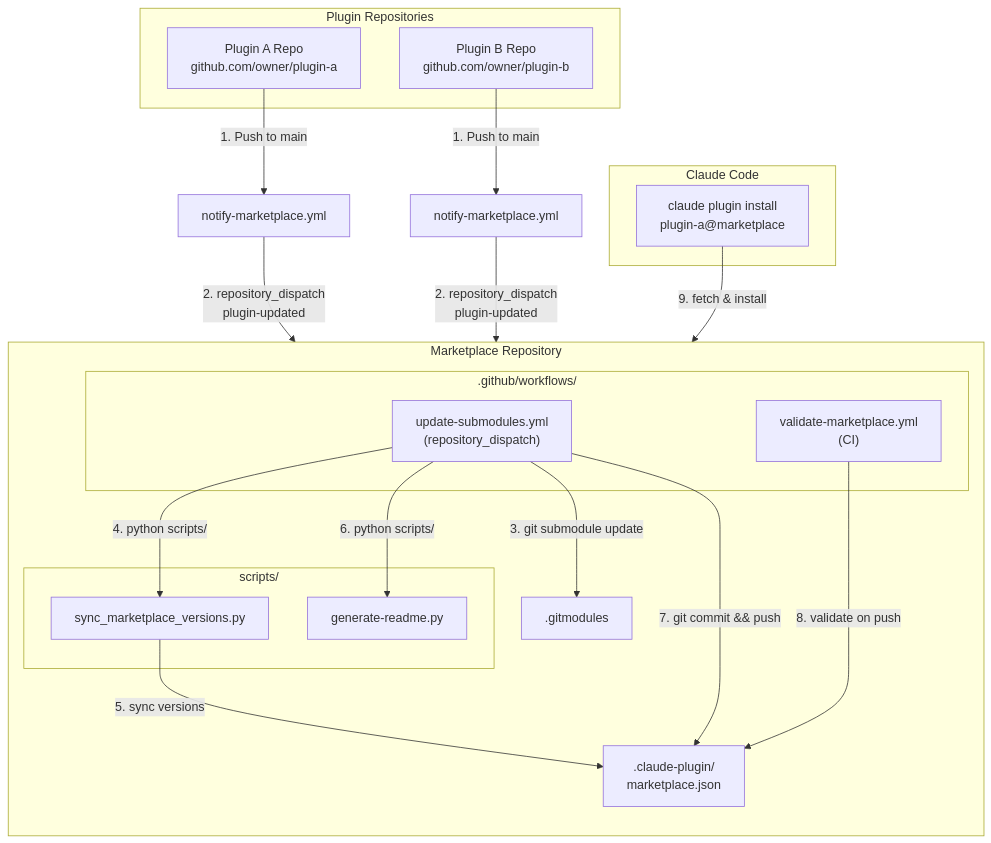
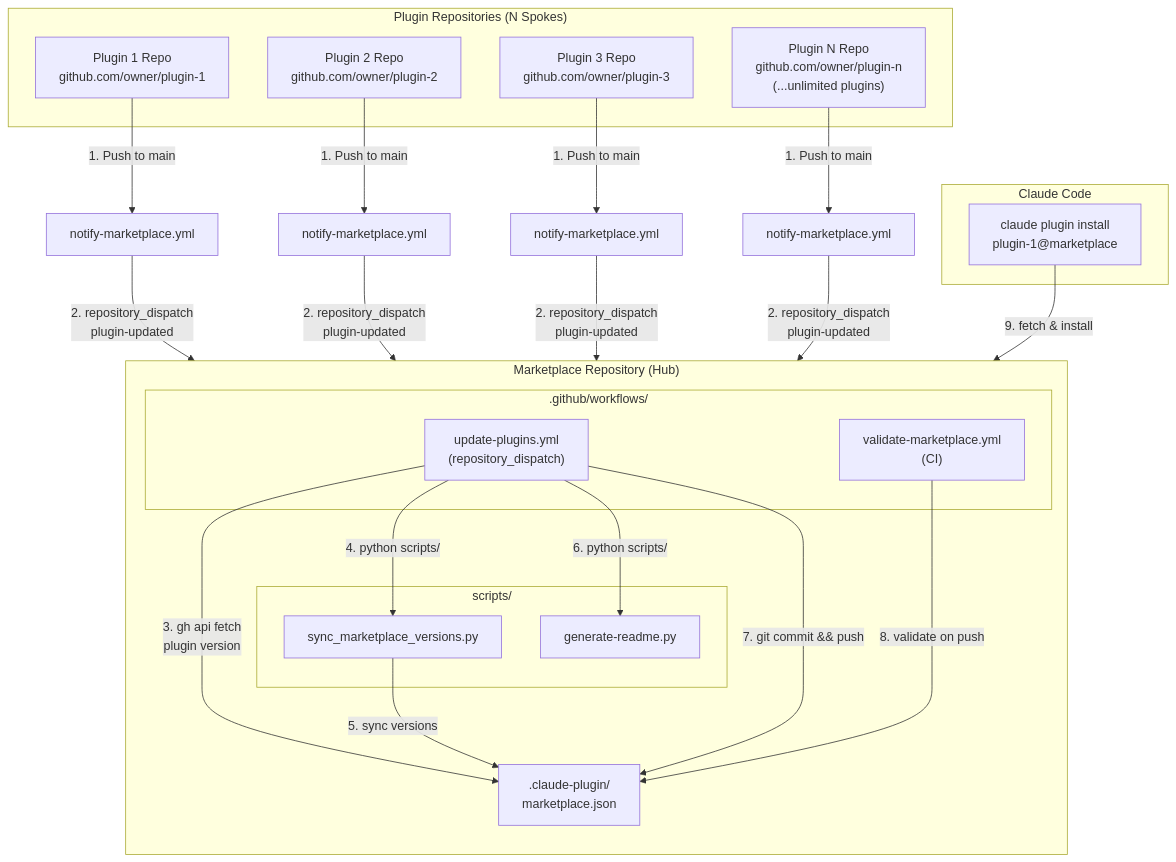
The diagram in skills/setup-github-marketplace/references/marketplace-architecture.md (Emasoft/claude-plugins-validation), drawn with Mermaid before and after one commit. The commit also changed other lines of this file and 3 other files, not shown here.

First line of the commit message:
fix(setup-marketplace): hub-and-spoke architecture, batch ops, full autonomy

````diff
--- a/skills/setup-github-marketplace/references/marketplace-architecture.md
+++ b/skills/setup-github-marketplace/references/marketplace-architecture.md
@@ -32,37 +32,42 @@
 ```mermaid
 flowchart TB
-    subgraph PluginRepos["Plugin Repositories"]
-        PA[Plugin A Repo<br/>github.com/owner/plugin-a]
-        PB[Plugin B Repo<br/>github.com/owner/plugin-b]
+    subgraph PluginRepos["Plugin Repositories (N Spokes)"]
+        P1[Plugin 1 Repo<br/>github.com/owner/plugin-1]
+        P2[Plugin 2 Repo<br/>github.com/owner/plugin-2]
+        P3[Plugin 3 Repo<br/>github.com/owner/plugin-3]
+        PN["Plugin N Repo<br/>github.com/owner/plugin-n<br/>(...unlimited plugins)"]
     end
 
-    subgraph Marketplace["Marketplace Repository"]
+    subgraph Marketplace["Marketplace Repository (Hub)"]
         direction TB
         MJ[".claude-plugin/<br/>marketplace.json"]
-        GM[".gitmodules"]
         subgraph Workflows[".github/workflows/"]
-            US["update-submodules.yml<br/>(repository_dispatch)"]
+            US["update-plugins.yml<br/>(repository_dispatch)"]
             VL["validate-marketplace.yml<br/>(CI)"]
         end
         subgraph Scripts["scripts/"]
             SV["sync_marketplace_versions.py"]
             GR["generate-readme.py"]
         end
     end
 
     subgraph Consumer["Claude Code"]
-        CC["claude plugin install<br/>plugin-a@marketplace"]
+        CC["claude plugin install<br/>plugin-1@marketplace"]
     end
 
-    PA -->|"1. Push to main"| NM1["notify-marketplace.yml"]
-    PB -->|"1. Push to main"| NM2["notify-marketplace.yml"]
+    P1 -->|"1. Push to main"| NM1["notify-marketplace.yml"]
+    P2 -->|"1. Push to main"| NM2["notify-marketplace.yml"]
+    P3 -->|"1. Push to main"| NM3["notify-marketplace.yml"]
+    PN -->|"1. Push to main"| NMN["notify-marketplace.yml"]
     NM1 -->|"2. repository_dispatch<br/>plugin-updated"| US
     NM2 -->|"2. repository_dispatch<br/>plugin-updated"| US
-    US -->|"3. git submodule update"| GM
+    NM3 -->|"2. repository_dispatch<br/>plugin-updated"| US
+    NMN -->|"2. repository_dispatch<br/>plugin-updated"| US
+    US -->|"3. gh api fetch<br/>plugin version"| MJ
     US -->|"4. python scripts/"| SV
     SV -->|"5. sync versions"| MJ
     US -->|"6. python scripts/"| GR
     US -->|"7. git commit && push"| MJ
     VL -->|"8. validate on push"| MJ
     CC -->|"9. fetch & install"| Marketplace
 ```
````
